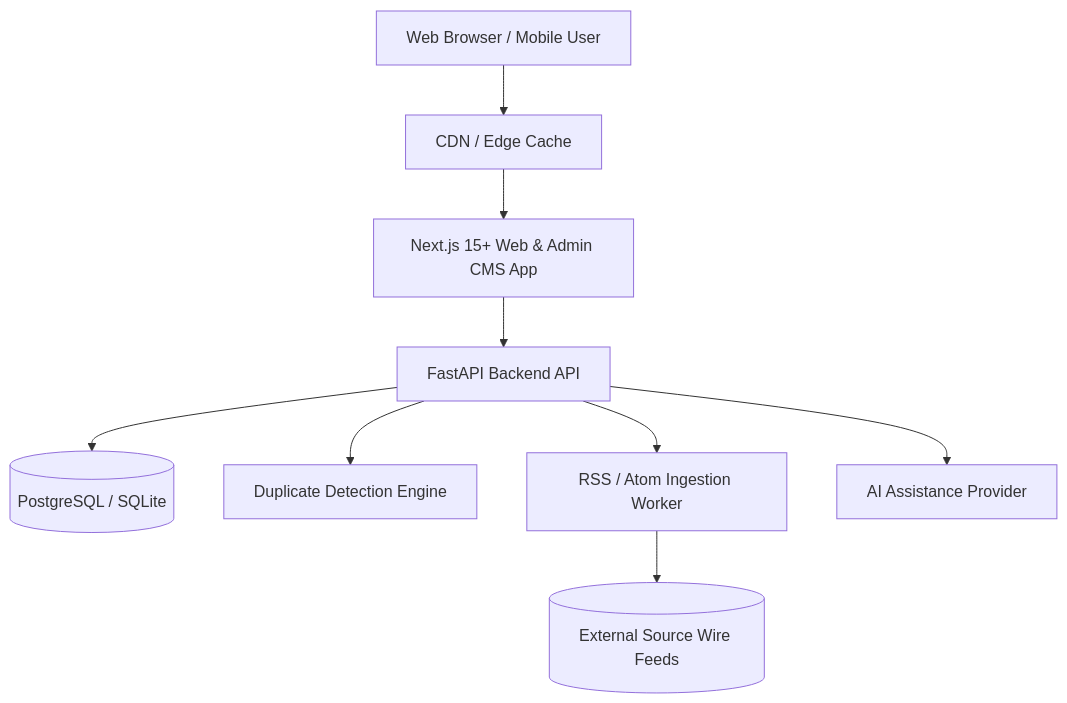
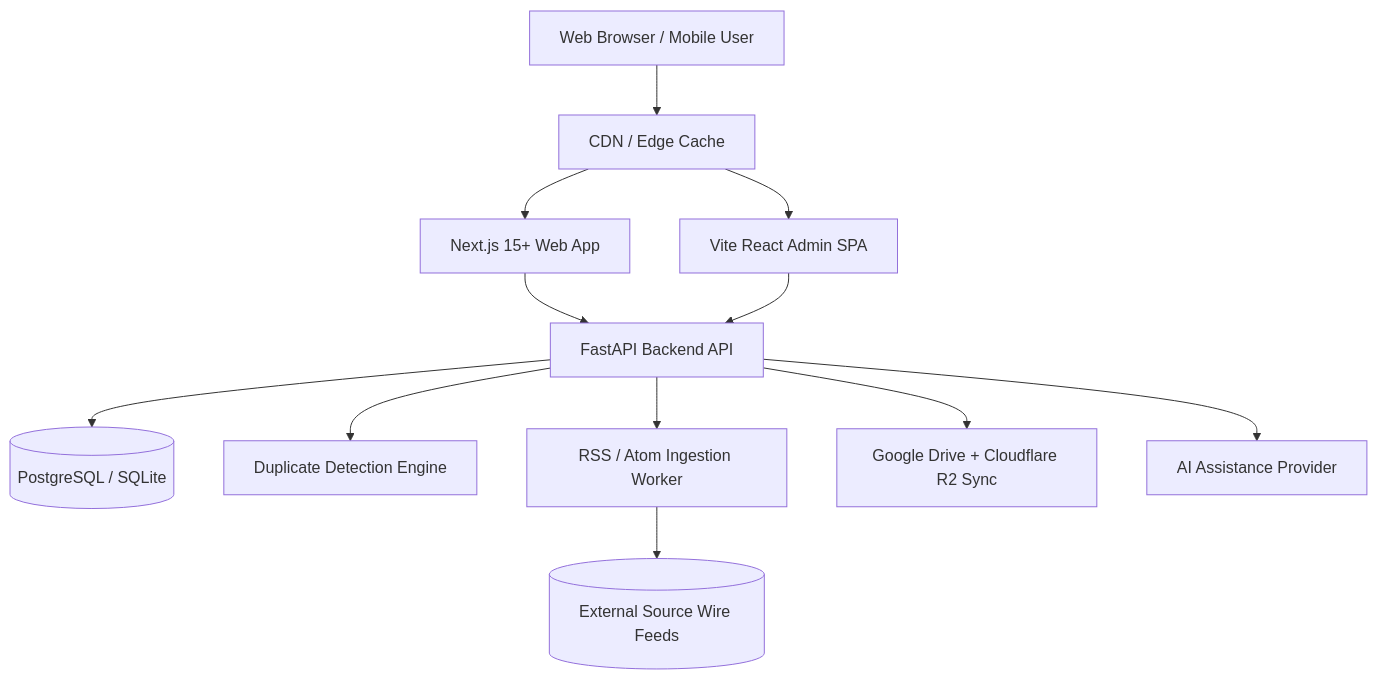
The diagram in docs/architecture.md (hashira779/CamTech.Blog), drawn with Mermaid before and after one commit. The commit also changed other lines of this file and 3 other files, not shown here.

Commit message:
docs: update architecture, database, deployment, and travel documentation for super system and ai tourism engine

````diff
--- a/docs/architecture.md
+++ b/docs/architecture.md
@@ -9,11 +9,14 @@
 ```mermaid
 graph TD
     Client[Web Browser / Mobile User] --> Cloudflare[CDN / Edge Cache]
-    Cloudflare --> NextWeb[Next.js 15+ Web & Admin CMS App]
+    Cloudflare --> NextWeb[Next.js 15+ Web App]
+    Cloudflare --> AdminSPA[Vite React Admin SPA]
     NextWeb --> FastAPI[FastAPI Backend API]
+    AdminSPA --> FastAPI
     FastAPI --> DB[(PostgreSQL / SQLite)]
     FastAPI --> Deduplication[Duplicate Detection Engine]
     FastAPI --> Ingestion[RSS / Atom Ingestion Worker]
+    FastAPI --> Storage[Google Drive + Cloudflare R2 Sync]
     FastAPI --> AI[AI Assistance Provider]
     Ingestion --> Sources[(External Source Wire Feeds)]
 ```
````
